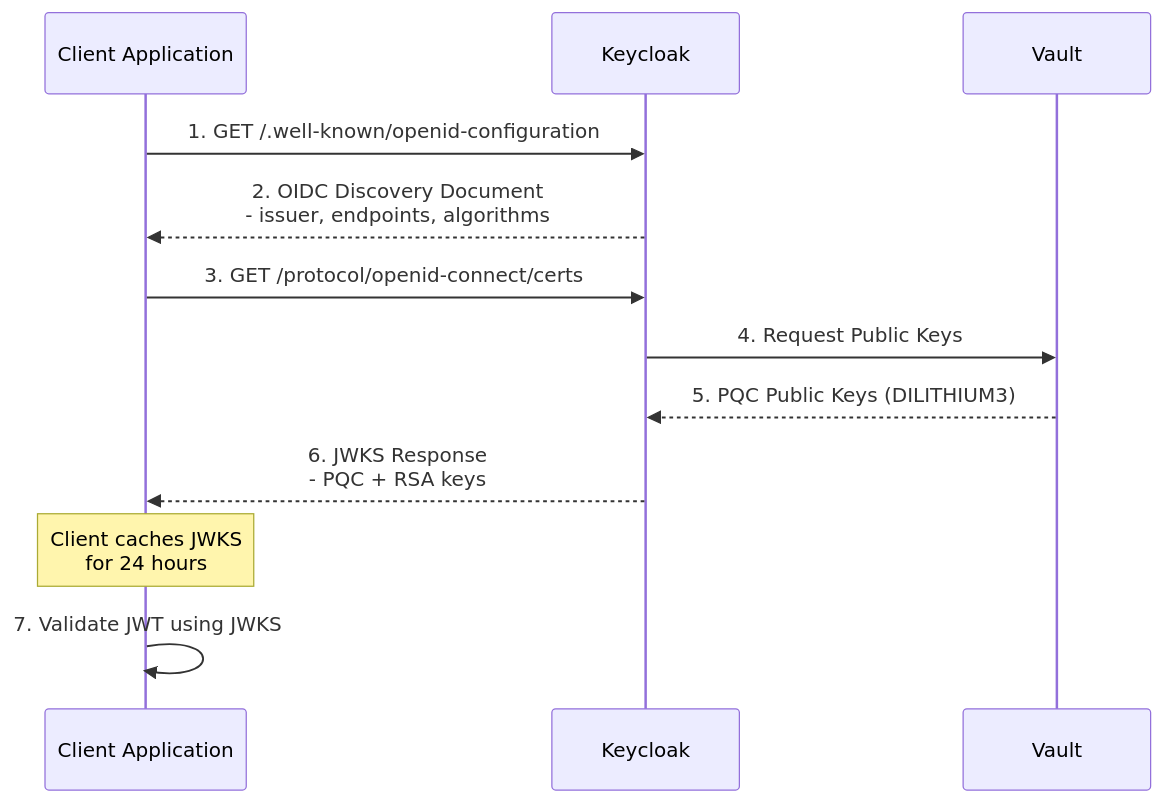
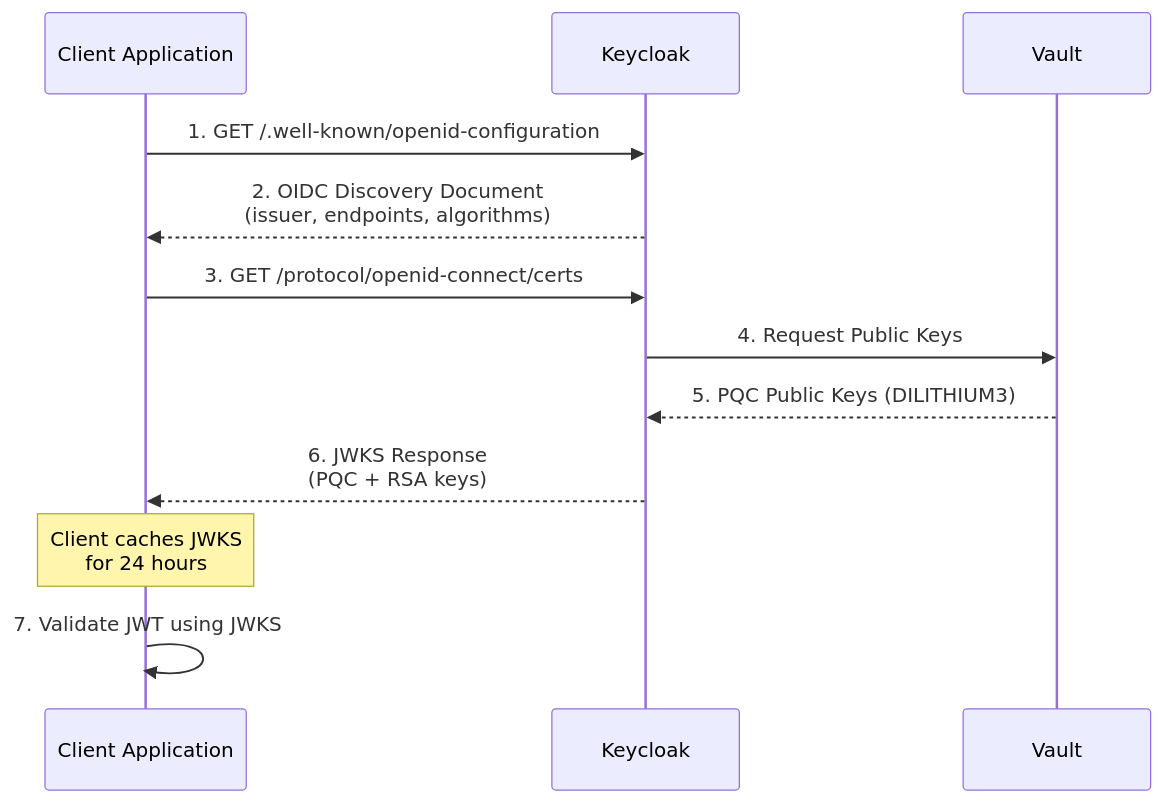
One commit to infeelchoi/q-docs changed the third of 16 diagrams in 01-architecture/DATA-FLOW.md. Above: the diagram before and after it, drawn with Mermaid. The commit also changed other lines of this file, not shown here.

First line of the commit message:
🔄 DATA-FLOW.md 원본 버전으로 복원 (c961346)

````diff
--- a/01-architecture/DATA-FLOW.md
+++ b/01-architecture/DATA-FLOW.md
@@ -111,18 +111,18 @@
 ```mermaid
 sequenceDiagram
     participant C as Client Application
     participant KC as Keycloak
     participant V as Vault
 
     C->>KC: 1. GET /.well-known/openid-configuration
-    KC-->>C: 2. OIDC Discovery Document<br/>- issuer, endpoints, algorithms
+    KC-->>C: 2. OIDC Discovery Document<br/>(issuer, endpoints, algorithms)
 
     C->>KC: 3. GET /protocol/openid-connect/certs
     KC->>V: 4. Request Public Keys
     V-->>KC: 5. PQC Public Keys (DILITHIUM3)
-    KC-->>C: 6. JWKS Response<br/>- PQC + RSA keys
+    KC-->>C: 6. JWKS Response<br/>(PQC + RSA keys)
 
     Note over C: Client caches JWKS<br/>for 24 hours
 
     C->>C: 7. Validate JWT using JWKS
 ```
````
